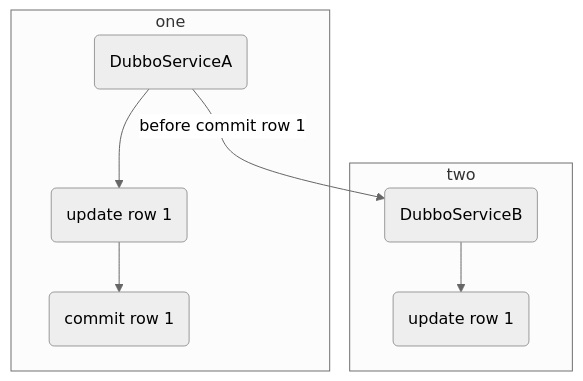
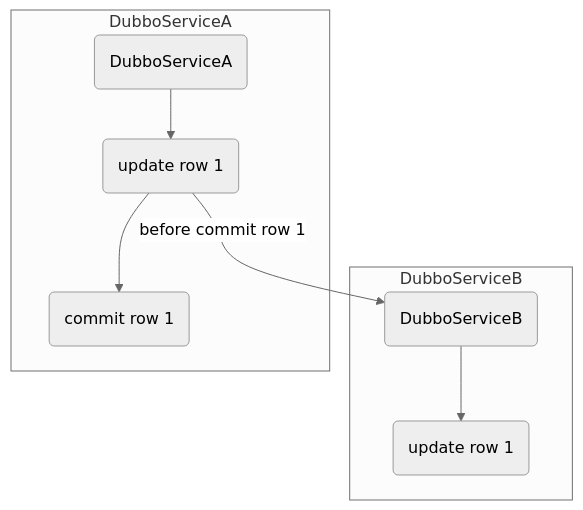
The diagram in dubbo/服务治理问题案例.md (zhudongdong/docs), drawn with Mermaid (neutral theme) before and after one commit. The commit also changed other lines of this file, not shown here.

Commit message:
Uploaded by https://stackedit.io/

````diff
--- a/dubbo/服务治理问题案例.md
+++ b/dubbo/服务治理问题案例.md
@@ -3,14 +3,14 @@
 ```mermaid
 graph TB
 
-subgraph two
+subgraph DubboServiceB
 c(DubboServiceB) --> d(update row 1)
 
 end
-subgraph one
+subgraph DubboServiceA
 a(DubboServiceA) --> b(update row 1)
 b --> f(commit row 1)
-a --before commit row 1--> c
+b --before commit row 1--> c
 
 end
 ```
````
